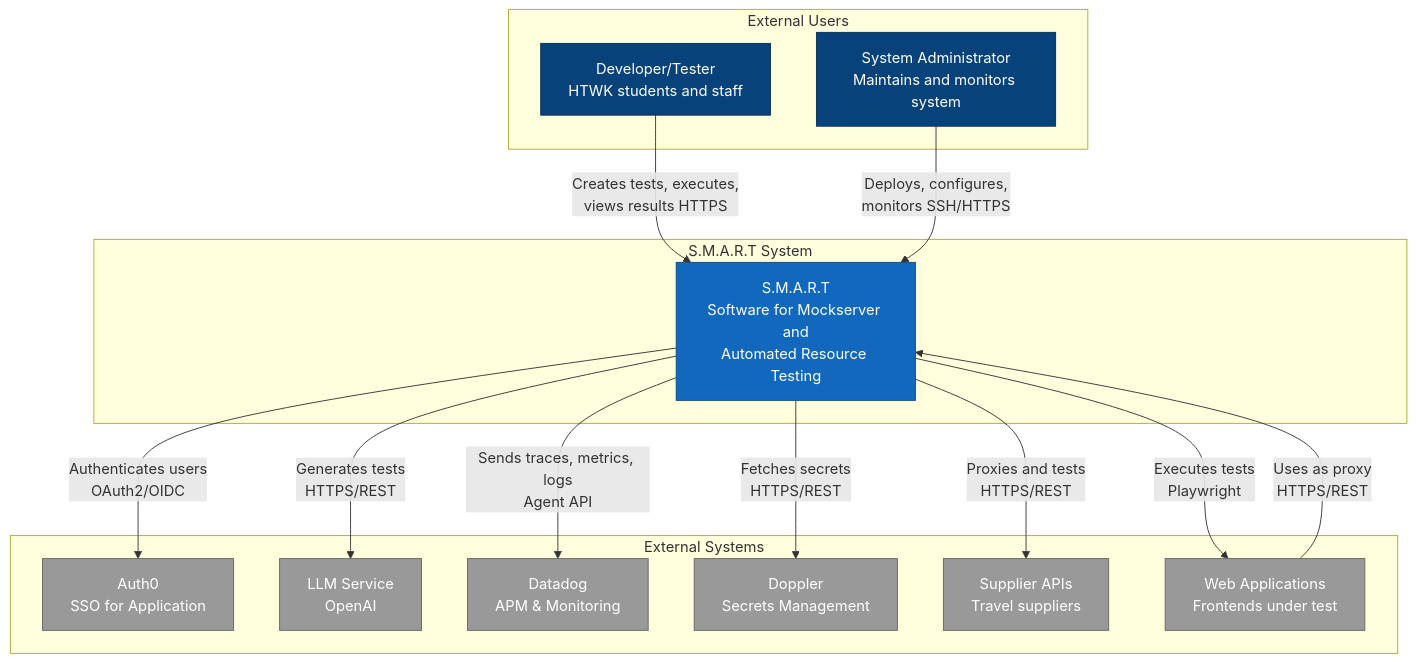
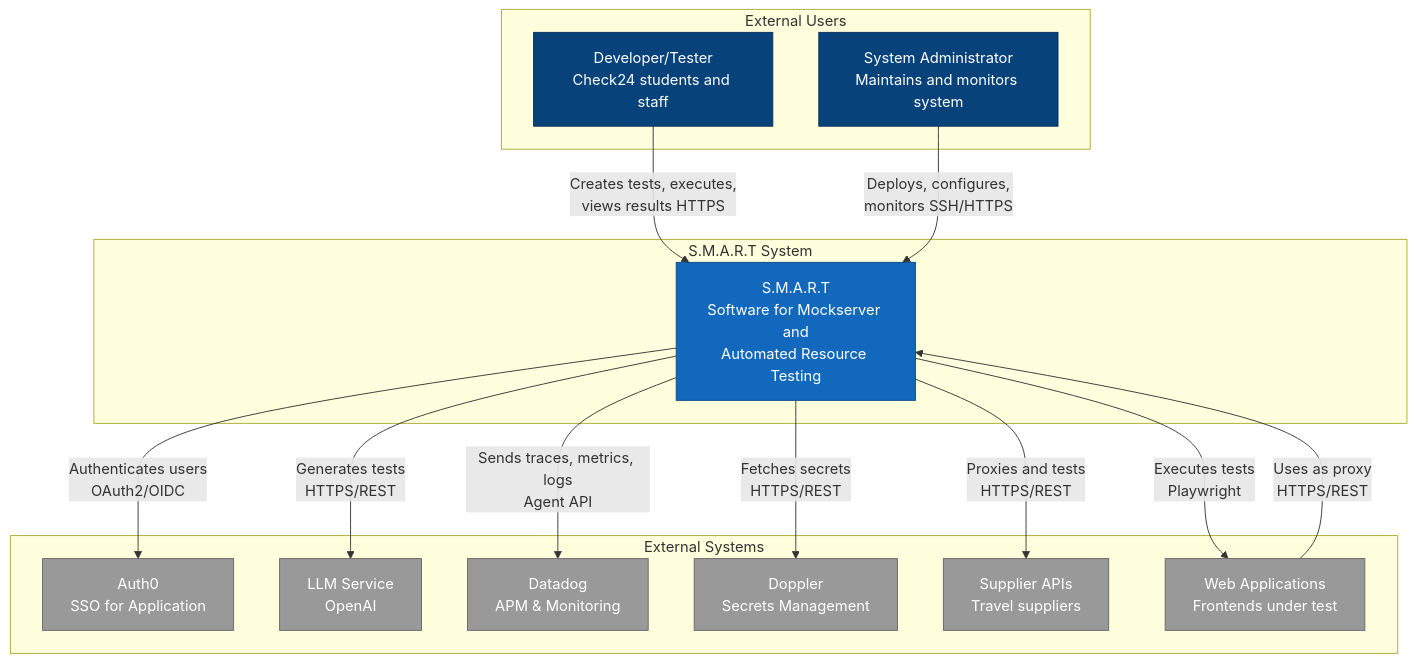
The diagram in docs/architecture/01-context/diagrams/system-context.mmd (Skzter/smart), drawn with Mermaid before and after one commit. The commit also changed 21 other files, not shown here.

First line of the commit message:
docs(docs#156): update architecture documentation for Autotester, MCP, and Suproxy components

```diff
--- a/docs/architecture/01-context/diagrams/system-context.mmd
+++ b/docs/architecture/01-context/diagrams/system-context.mmd
@@ -1,38 +1,38 @@
 flowchart TB
     subgraph users[External Users]
-        Developer[Developer/Tester<br/>HTWK students and staff]
+        Developer[Developer/Tester<br/>Check24 students and staff]
         Admin[System Administrator<br/>Maintains and monitors system]
     end
 
     subgraph smart[S.M.A.R.T System]
         SMART[S.M.A.R.T<br/>Software for Mockserver and<br/>Automated Resource Testing]
     end
 
     subgraph external[External Systems]
         Auth0[Auth0<br/>SSO for Application]
         LLM[LLM Service<br/>OpenAI]
         Datadog[Datadog<br/>APM & Monitoring]
         Doppler[Doppler<br/>Secrets Management]
         Supplier[Supplier APIs<br/>Travel suppliers]
         WebApp[Web Applications<br/>Frontends under test]
     end
 
     Developer -->|Creates tests, executes,<br/>views results HTTPS| SMART
     Admin -->|Deploys, configures,<br/>monitors SSH/HTTPS| SMART
 
     SMART -->|Authenticates users<br/>OAuth2/OIDC| Auth0
     SMART -->|Generates tests<br/>HTTPS/REST| LLM
     SMART -->|Sends traces, metrics, logs<br/>Agent API| Datadog
     SMART -->|Fetches secrets<br/>HTTPS/REST| Doppler
     SMART -->|Proxies and tests<br/>HTTPS/REST| Supplier
     SMART -->|Executes tests<br/>Playwright| WebApp
 
     WebApp -->|Uses as proxy<br/>HTTPS/REST| SMART
 
     classDef system fill:#1168bd,stroke:#0b4884,color:#ffffff
     classDef external fill:#999999,stroke:#666666,color:#ffffff
     classDef person fill:#08427b,stroke:#052e56,color:#ffffff
 
     class SMART system
     class Auth0,LLM,Datadog,Doppler,Supplier,WebApp external
     class Developer,Admin person
```
